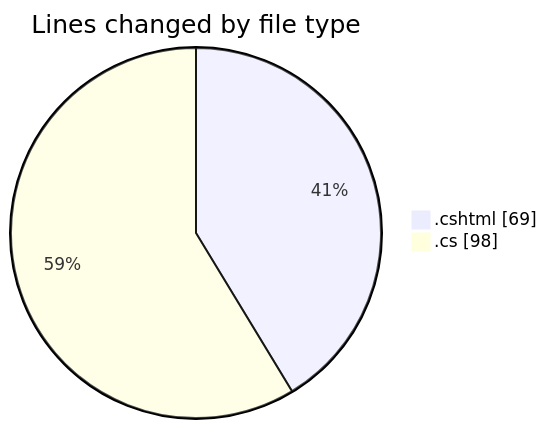
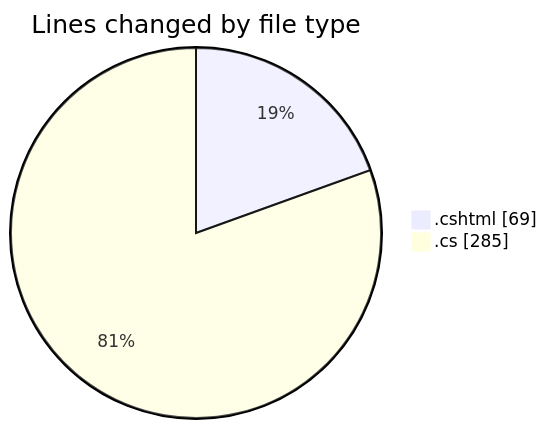
The first of 2 diagrams in 2025-07-18/nhahang/README.md (lephambinh05/code-tracking), drawn with Mermaid before and after one commit. The commit also changed other lines of this file and 1 other file, not shown here.

````diff
--- a/2025-07-18/nhahang/README.md
+++ b/2025-07-18/nhahang/README.md
@@ -26,6 +31,6 @@
 ```mermaid
 pie showData
 title Lines changed by file type
 ".cshtml" : 69
-".cs" : 98
+".cs" : 285
 ```
````
